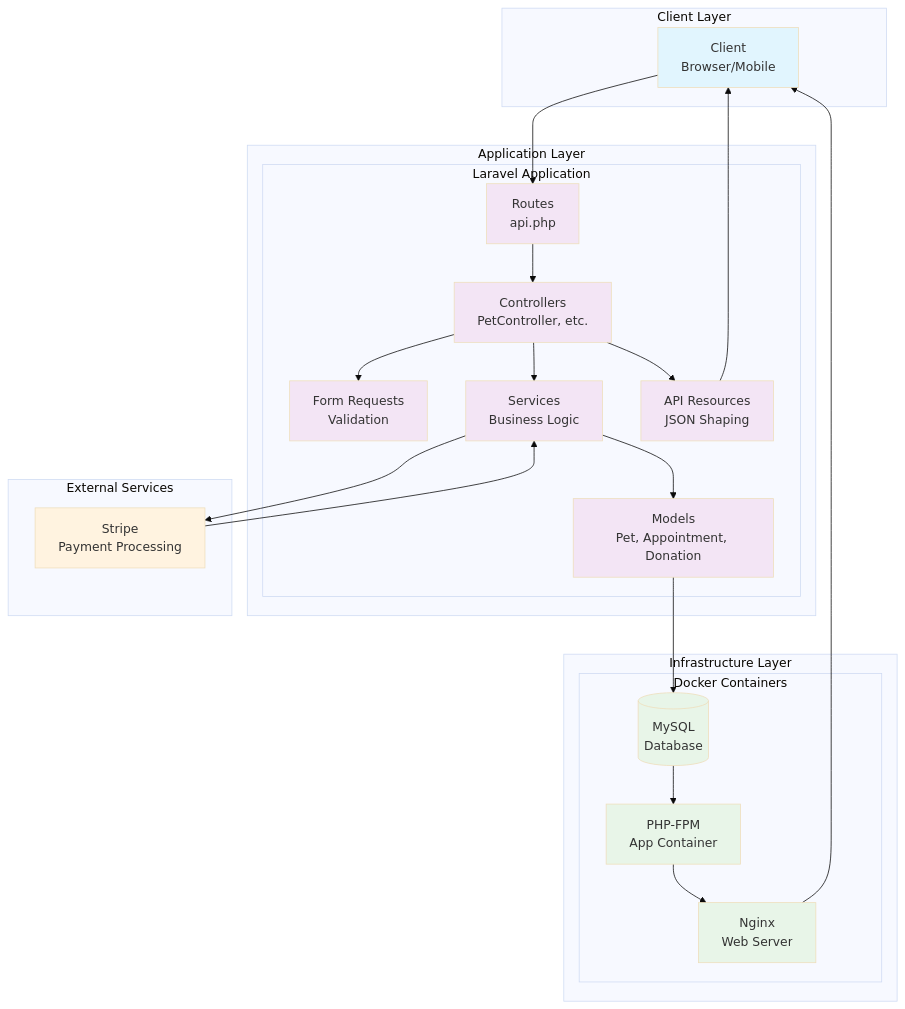
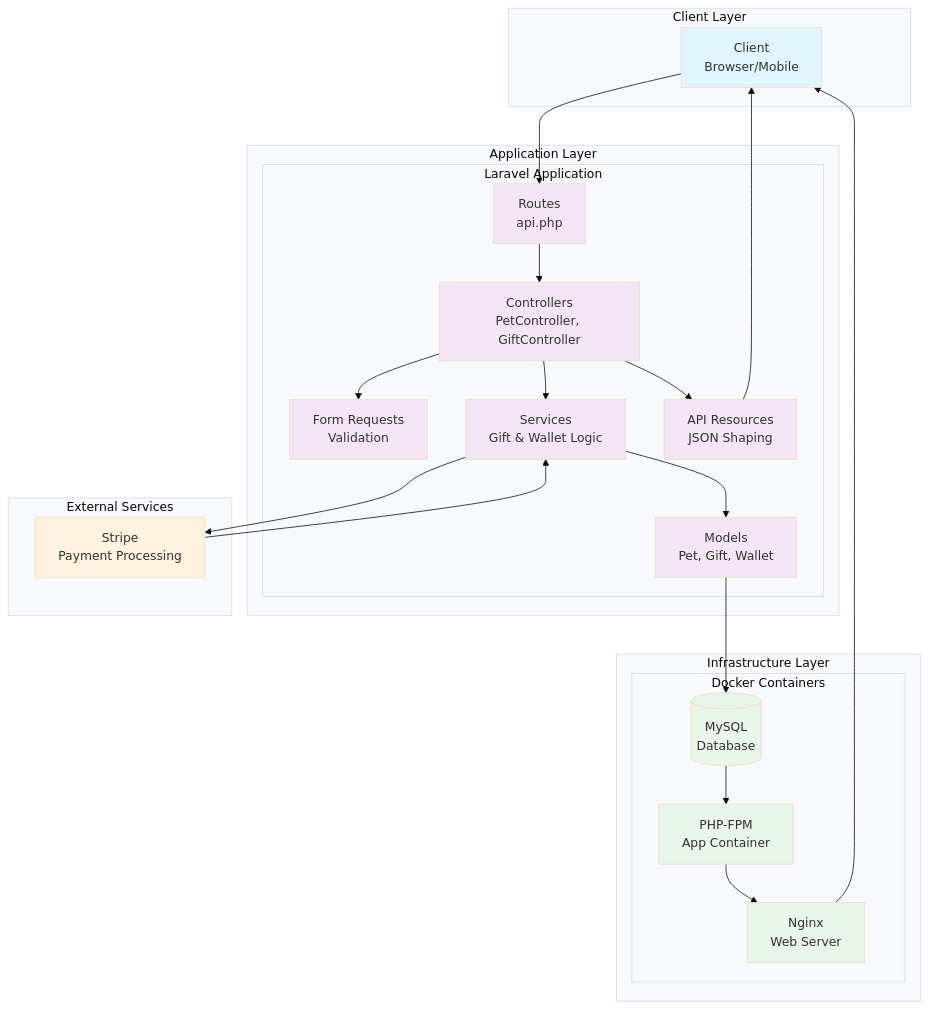
Before and after one commit to slightlyprivate/petcare-companion: the third of 5 diagrams in docs/architecture.md, drawn with Mermaid (base theme). The commit also changed other lines of this file and 181 other files, not shown here.

````diff
--- a/docs/architecture.md
+++ b/docs/architecture.md
@@ -191,54 +221,54 @@
 ```mermaid
 graph TB
     subgraph "Client Layer"
         C[Client<br/>Browser/Mobile]
     end
 
     subgraph "Application Layer"
         subgraph "Laravel Application"
             R[Routes<br/>api.php]
-            Ctrl[Controllers<br/>PetController, etc.]
+            Ctrl[Controllers<br/>PetController, GiftController]
             FR[Form Requests<br/>Validation]
-            S[Services<br/>Business Logic]
-            M[Models<br/>Pet, Appointment, Donation]
+            S[Services<br/>Gift & Wallet Logic]
+            M[Models<br/>Pet, Gift, Wallet]
             Res[API Resources<br/>JSON Shaping]
         end
     end
 
     subgraph "External Services"
         ST[Stripe<br/>Payment Processing]
     end
 
     subgraph "Infrastructure Layer"
         subgraph "Docker Containers"
             PHP[PHP-FPM<br/>App Container]
             NG[Nginx<br/>Web Server]
             DB[(MySQL<br/>Database)]
         end
     end
 
     C --> R
     R --> Ctrl
     Ctrl --> FR
     Ctrl --> S
     S --> M
     S --> ST
     M --> DB
     Ctrl --> Res
     Res --> C
     ST --> S
 
     PHP --> NG
     NG --> C
     DB --> PHP
 
     classDef client fill:#e1f5fe
     classDef app fill:#f3e5f5
     classDef external fill:#fff3e0
     classDef infra fill:#e8f5e8
 
     class C client
     class R,Ctrl,FR,S,M,Res app
     class ST external
     class PHP,NG,DB infra
 ```
````
